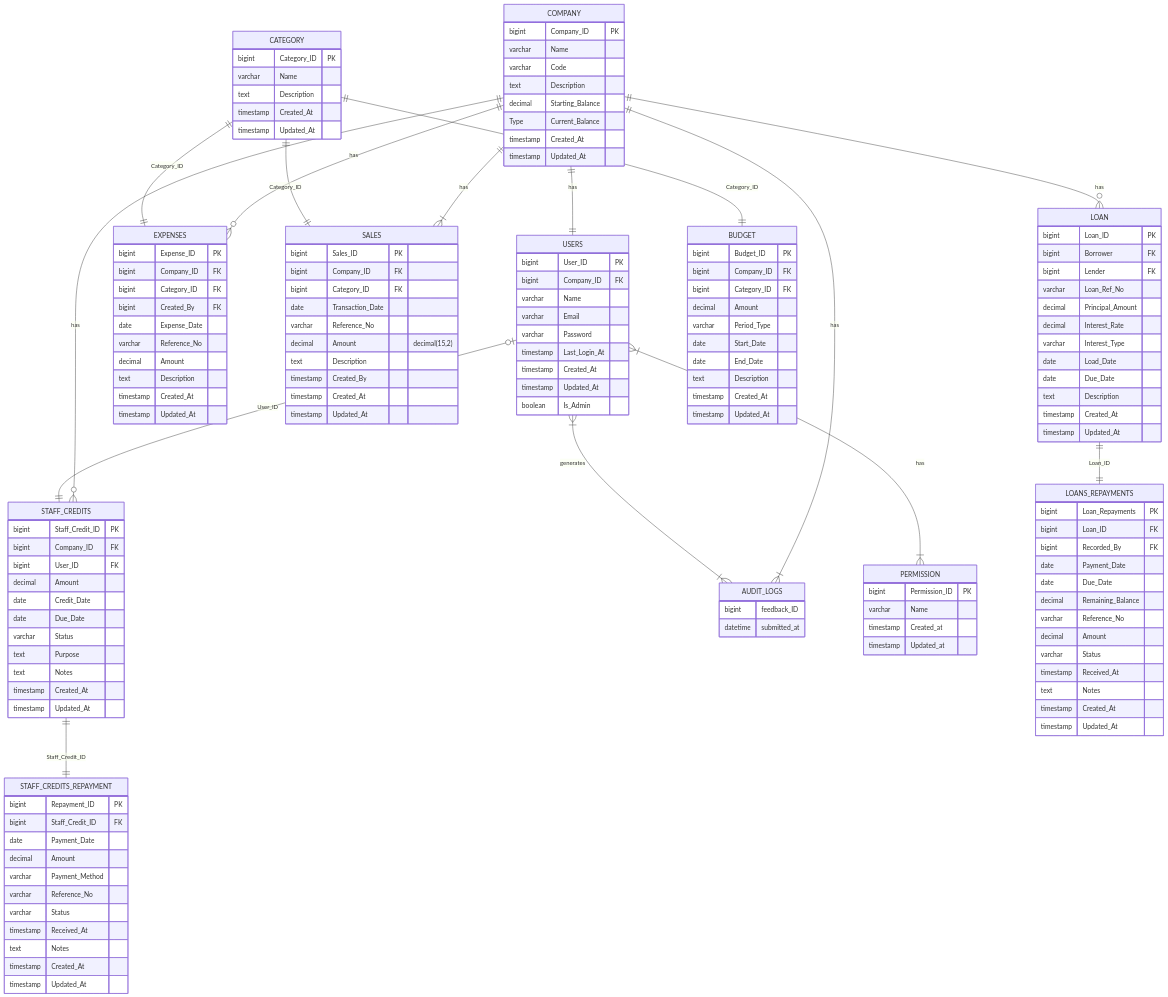
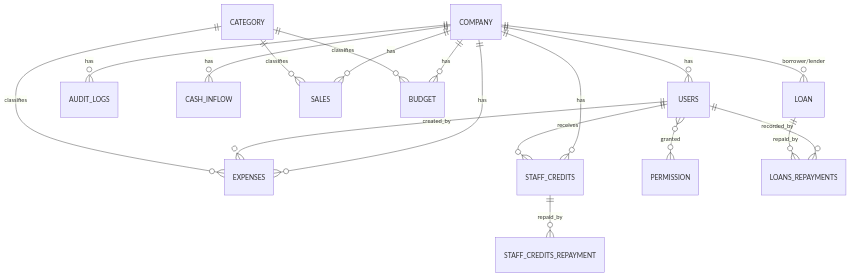
Before and after one commit to shelley-ses/MCT-Companies-Centralized-Financial-Management-System: the diagram in docs/erd.md, drawn with Mermaid. The commit also changed other lines of this file and 8 other files, not shown here.

````diff
--- a/docs/erd.md
+++ b/docs/erd.md
@@ -7,161 +6,20 @@
 ```mermaid
 erDiagram
-    COMPANY ||--|| USERS : "has"
-    COMPANY ||--o{ STAFF_CREDITS : "has"
-    COMPANY ||--o{ EXPENSES : "has"
-    COMPANY ||--|{ SALES : "has"
-    COMPANY ||--o{ LOAN : "has"
-    COMPANY ||--|{ AUDIT_LOGS : "has"
-
-    USERS |o--|| STAFF_CREDITS : "User_ID"
-    USERS }|--|{ PERMISSION : "has"
-    USERS }|--|{ AUDIT_LOGS : "generates"
-
-    STAFF_CREDITS ||--|| STAFF_CREDITS_REPAYMENT : "Staff_Credit_ID"
-    LOAN ||--|| LOANS_REPAYMENTS : "Loan_ID"
-
-    CATEGORY ||--|| BUDGET : "Category_ID"
-    CATEGORY ||--|| EXPENSES : "Category_ID"
-    CATEGORY ||--|| SALES : "Category_ID"
-
-    COMPANY {
-        bigint Company_ID PK
-        varchar Name
-        varchar Code
-        text Description
-        decimal Starting_Balance
-        Type Current_Balance
-        timestamp Created_At
-        timestamp Updated_At
-    }
-
-    USERS {
-        bigint User_ID PK
-        bigint Company_ID FK
-        varchar Name
-        varchar Email
-        varchar Password
-        timestamp Last_Login_At
-        timestamp Created_At
-        timestamp Updated_At
-        boolean Is_Admin
-    }
-
-    PERMISSION {
-        bigint Permission_ID PK
-        varchar Name
-        timestamp Created_at
-        timestamp Updated_at
-    }
-
-    AUDIT_LOGS {
-        bigint feedback_ID
-        datetime submitted_at
-    }
-
-    STAFF_CREDITS {
-        bigint Staff_Credit_ID PK
-        bigint Company_ID FK
-        bigint User_ID FK
-        decimal Amount
-        date Credit_Date
-        date Due_Date
-        varchar Status
-        text Purpose
-        text Notes
-        timestamp Created_At
-        timestamp Updated_At
-    }
-
-    STAFF_CREDITS_REPAYMENT {
-        bigint Repayment_ID PK
-        bigint Staff_Credit_ID FK
-        date Payment_Date
-        decimal Amount
-        varchar Payment_Method
-        varchar Reference_No
-        varchar Status
-        timestamp Received_At
-        text Notes
-        timestamp Created_At
-        timestamp Updated_At
-    }
-
-    BUDGET {
-        bigint Budget_ID PK
-        bigint Company_ID FK
-        bigint Category_ID FK
-        decimal Amount
-        varchar Period_Type
-        date Start_Date
-        date End_Date
-        text Description
-        timestamp Created_At
-        timestamp Updated_At
-    }
-
-    EXPENSES {
-        bigint Expense_ID PK
-        bigint Company_ID FK
-        bigint Category_ID FK
-        bigint Created_By FK
-        date Expense_Date
-        varchar Reference_No
-        decimal Amount
-        text Description
-        timestamp Created_At
-        timestamp Updated_At
-    }
-
-    SALES {
-        bigint Sales_ID PK
-        bigint Company_ID FK
-        bigint Category_ID FK
-        date Transaction_Date
-        varchar Reference_No
-        decimal Amount "decimal(15,2)"
-        text Description
-        timestamp Created_By
-        timestamp Created_At
-        timestamp Updated_At
-    }
-
-    LOAN {
-        bigint Loan_ID PK
-        bigint Borrower FK
-        bigint Lender FK
-        varchar Loan_Ref_No
-        decimal Principal_Amount
-        decimal Interest_Rate
-        varchar Interest_Type
-        date Load_Date
-        date Due_Date
-        text Description
-        timestamp Created_At
-        timestamp Updated_At
-    }
-
-    LOANS_REPAYMENTS {
-        bigint Loan_Repayments PK
-        bigint Loan_ID FK
-        bigint Recorded_By FK
-        date Payment_Date
-        date Due_Date
-        decimal Remaining_Balance
-        varchar Reference_No
-        decimal Amount
-        varchar Status
-        timestamp Received_At
-        text Notes
-        timestamp Created_At
-        timestamp Updated_At
-    }
-
-    CATEGORY {
-        bigint Category_ID PK
-        varchar Name
-        text Description
-        timestamp Created_At
-        timestamp Updated_At
-    }
+    COMPANY ||--o{ USERS : has
+    COMPANY ||--o{ AUDIT_LOGS : has
+    COMPANY ||--o{ CASH_INFLOW : has
+    COMPANY ||--o{ SALES : has
+    COMPANY ||--o{ EXPENSES : has
+    COMPANY ||--o{ BUDGET : has
+    COMPANY ||--o{ LOAN : "borrower/lender"
+    COMPANY ||--o{ STAFF_CREDITS : has
+    USERS }o--o{ PERMISSION : granted
+    USERS ||--o{ STAFF_CREDITS : receives
+    USERS ||--o{ EXPENSES : created_by
+    USERS ||--o{ LOANS_REPAYMENTS : recorded_by
+    CATEGORY ||--o{ SALES : classifies
+    CATEGORY ||--o{ EXPENSES : classifies
+    CATEGORY ||--o{ BUDGET : classifies
+    LOAN ||--o{ LOANS_REPAYMENTS : repaid_by
+    STAFF_CREDITS ||--o{ STAFF_CREDITS_REPAYMENT : repaid_by
 ```
````
